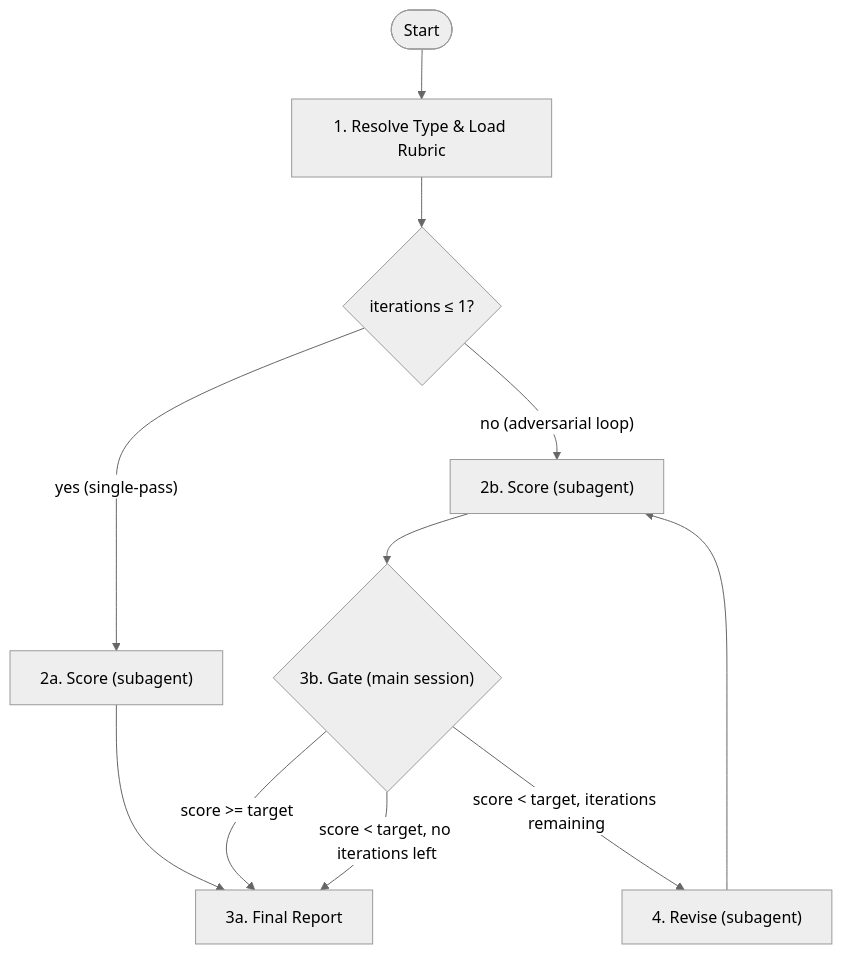
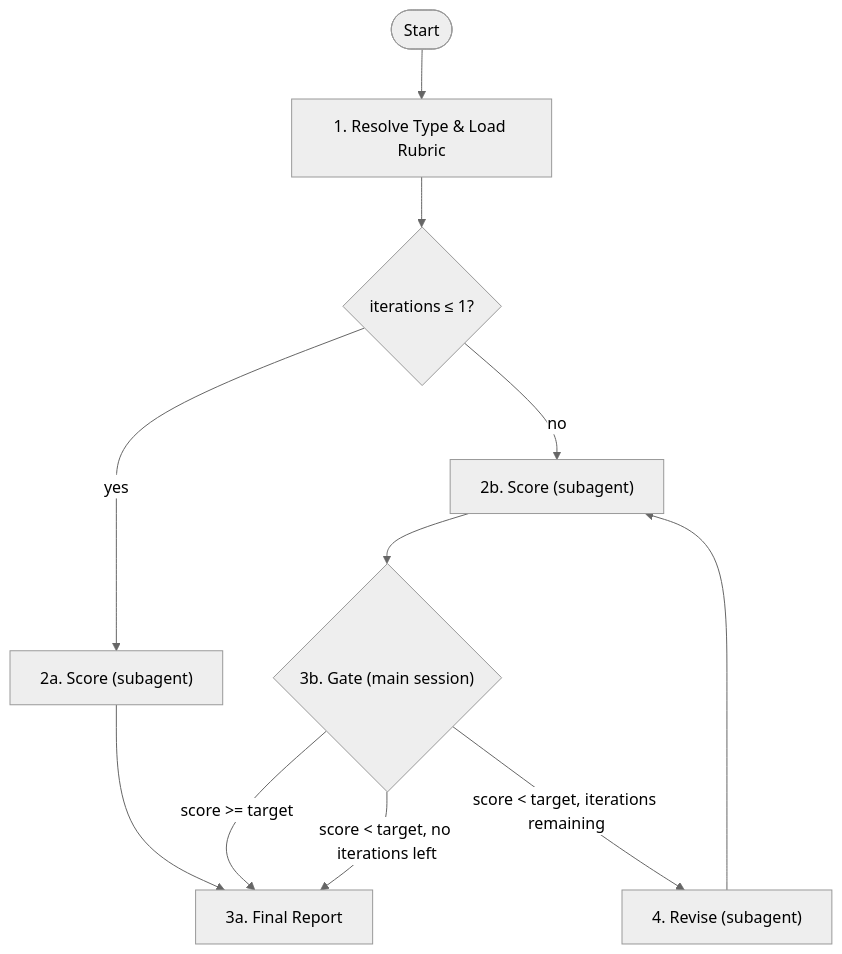
Before and after one commit to bigfaner/forge: the diagram in plugins/forge/skills/eval/SKILL.md, drawn with Mermaid (neutral theme). The commit also changed other lines of this file and 7 other files, not shown here.

````diff
--- a/plugins/forge/skills/eval/SKILL.md
+++ b/plugins/forge/skills/eval/SKILL.md
@@ -45,13 +35,13 @@
 ```mermaid
 flowchart TD
     A([Start]) --> B["1. Resolve Type & Load Rubric"]
     B --> C{"iterations ≤ 1?"}
-    C -->|"yes (single-pass)"| D["2a. Score (subagent)"]
+    C -->|"yes"| D["2a. Score (subagent)"]
     D --> E["3a. Final Report"]
-    C -->|"no (adversarial loop)"| F["2b. Score (subagent)"]
+    C -->|"no"| F["2b. Score (subagent)"]
     F --> G{"3b. Gate (main session)"}
     G -->|"score >= target"| E
     G -->|"score < target, no iterations left"| E
     G -->|"score < target, iterations remaining"| H["4. Revise (subagent)"]
     H --> F
 ```
````
